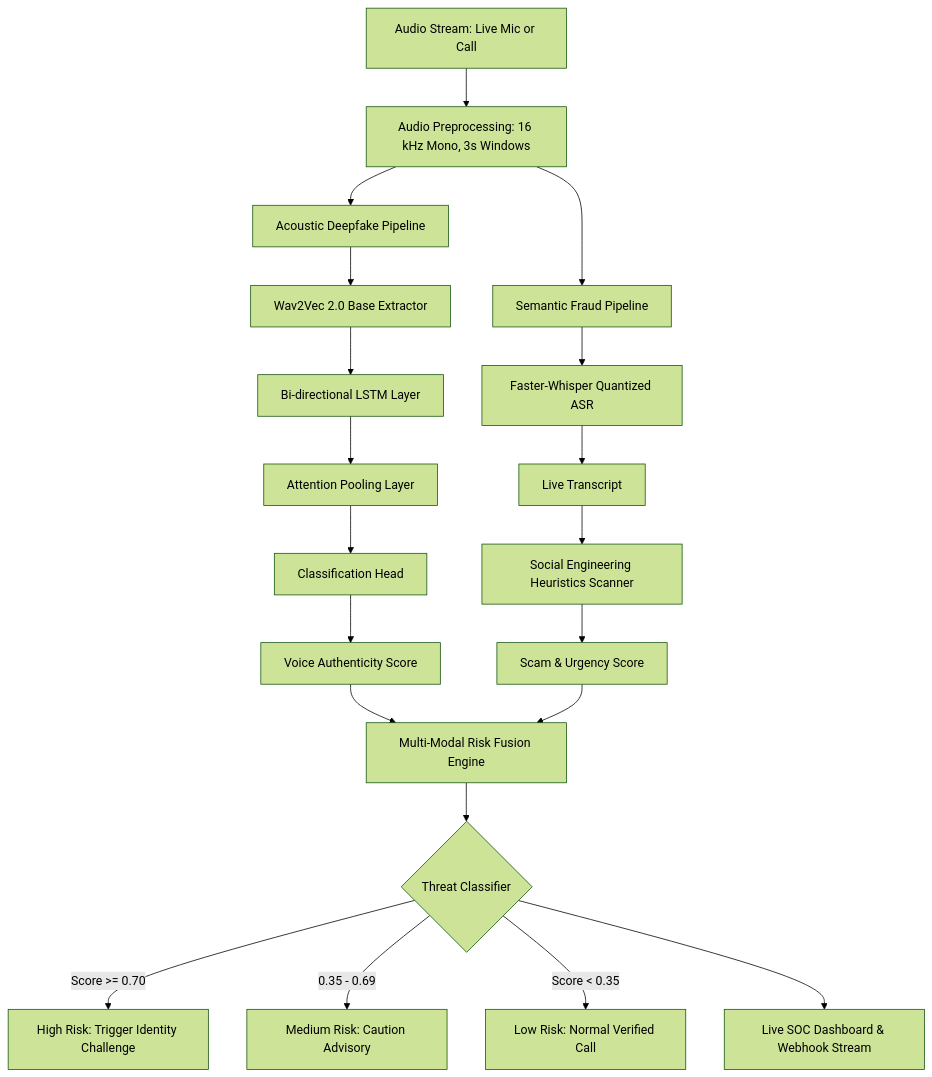
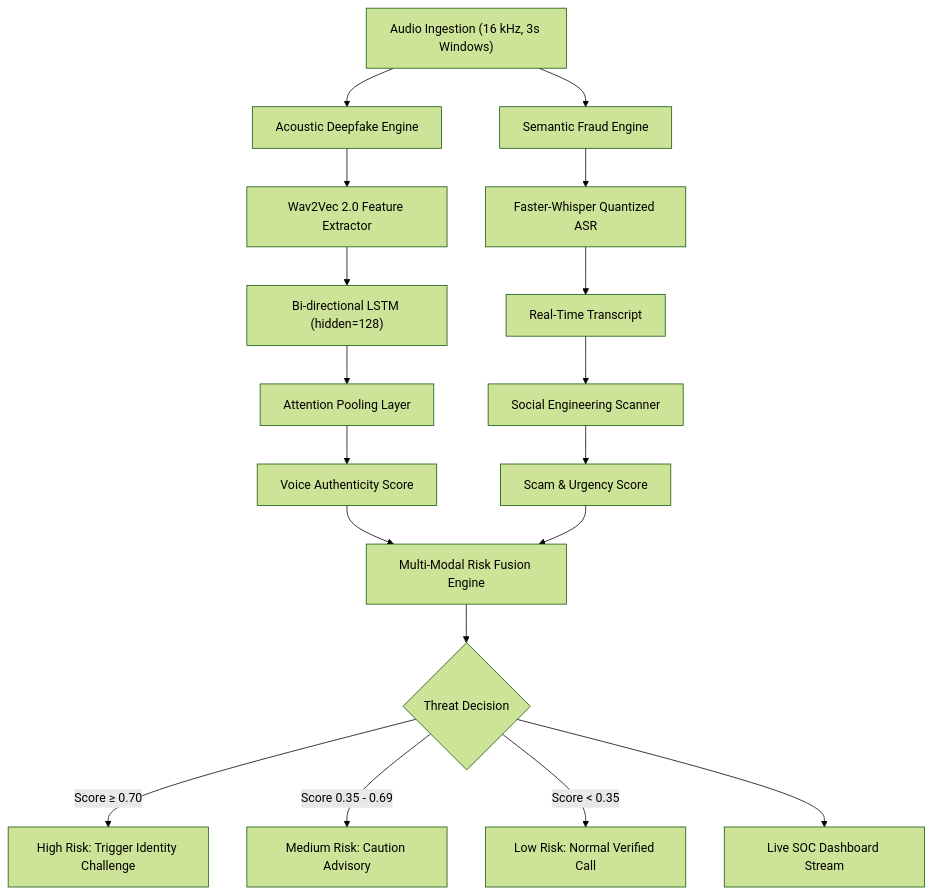
The diagram in README.md (darshinidurga/voice-guard), drawn with Mermaid (forest theme) before and after one commit. The commit also changed other lines of this file and 1 other file, not shown here.

Commit message:
Fix architecture display: add native SVG diagram and fix Mermaid syntax

````diff
--- a/README.md
+++ b/README.md
@@ -37,28 +41,25 @@
 ```mermaid
 flowchart TD
-    IN[Audio Stream: Live Mic or Call] --> PRE[Audio Preprocessing: 16 kHz Mono, 3s Windows]
+    A["Audio Ingestion (16 kHz, 3s Windows)"] --> B["Acoustic Deepfake Engine"]
+    A --> C["Semantic Fraud Engine"]
 
-    PRE --> ACOUSTIC[Acoustic Deepfake Pipeline]
-    PRE --> SEMANTIC[Semantic Fraud Pipeline]
+    B --> D["Wav2Vec 2.0 Feature Extractor"]
+    D --> E["Bi-directional LSTM (hidden=128)"]
+    E --> F["Attention Pooling Layer"]
+    F --> G["Voice Authenticity Score"]
 
-    ACOUSTIC --> W2V[Wav2Vec 2.0 Base Extractor]
-    W2V --> BLSTM[Bi-directional LSTM Layer]
-    BLSTM --> ATTN[Attention Pooling Layer]
-    ATTN --> CLF[Classification Head]
-    CLF --> V_SCORE[Voice Authenticity Score]
+    C --> H["Faster-Whisper Quantized ASR"]
+    H --> I["Real-Time Transcript"]
+    I --> J["Social Engineering Scanner"]
+    J --> K["Scam & Urgency Score"]
 
-    SEMANTIC --> ASR[Faster-Whisper Quantized ASR]
-    ASR --> TXT[Live Transcript]
-    TXT --> NLP[Social Engineering Heuristics Scanner]
-    NLP --> S_SCORE[Scam & Urgency Score]
+    G --> L["Multi-Modal Risk Fusion Engine"]
+    K --> L
 
-    V_SCORE --> FUSION[Multi-Modal Risk Fusion Engine]
-    S_SCORE --> FUSION
+    L --> M{"Threat Decision"}
+    M -->|"Score &ge; 0.70"| N["High Risk: Trigger Identity Challenge"]
+    M -->|"Score 0.35 - 0.69"| O["Medium Risk: Caution Advisory"]
+    M -->|"Score &lt; 0.35"| P["Low Risk: Normal Verified Call"]
 
-    FUSION --> DECISION{Threat Classifier}
-    DECISION -->|Score >= 0.70| HIGH[High Risk: Trigger Identity Challenge]
-    DECISION -->|0.35 - 0.69| MED[Medium Risk: Caution Advisory]
-    DECISION -->|Score < 0.35| LOW[Low Risk: Normal Verified Call]
-
-    DECISION --> SOC[Live SOC Dashboard & Webhook Stream]
+    M --> Q["Live SOC Dashboard Stream"]
 ```
````
